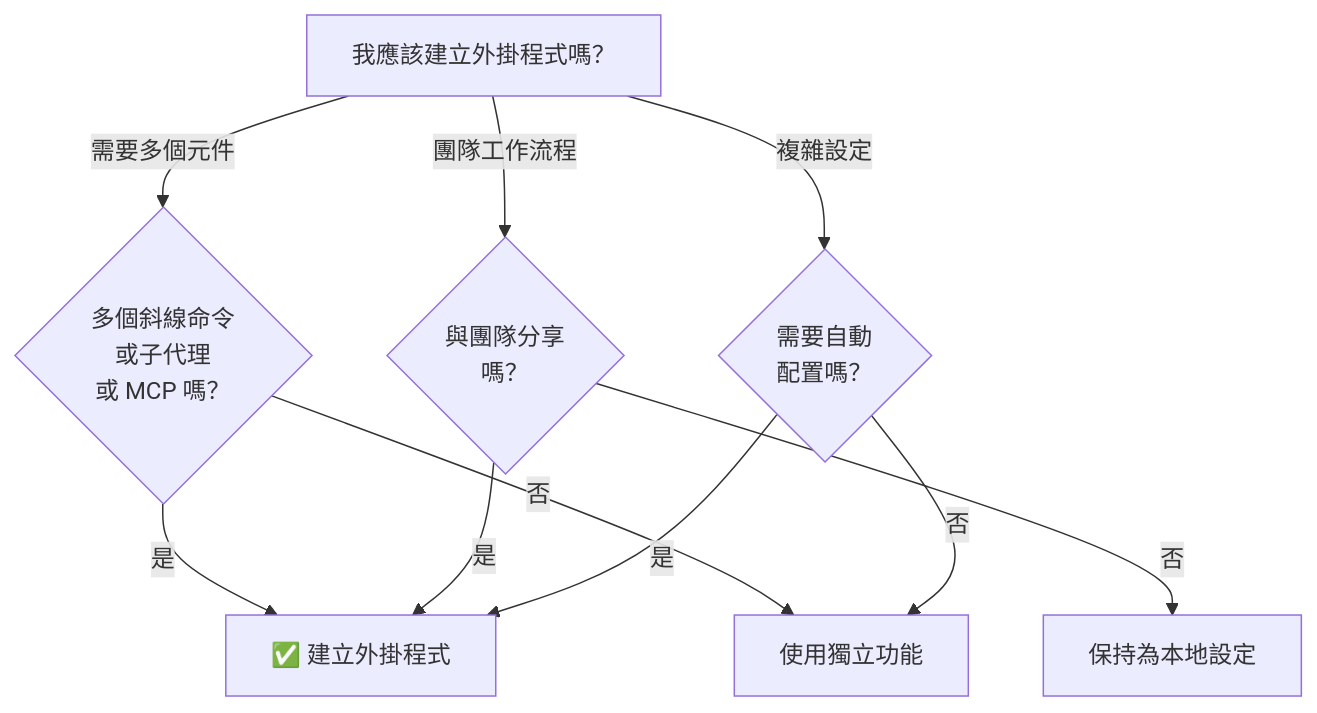
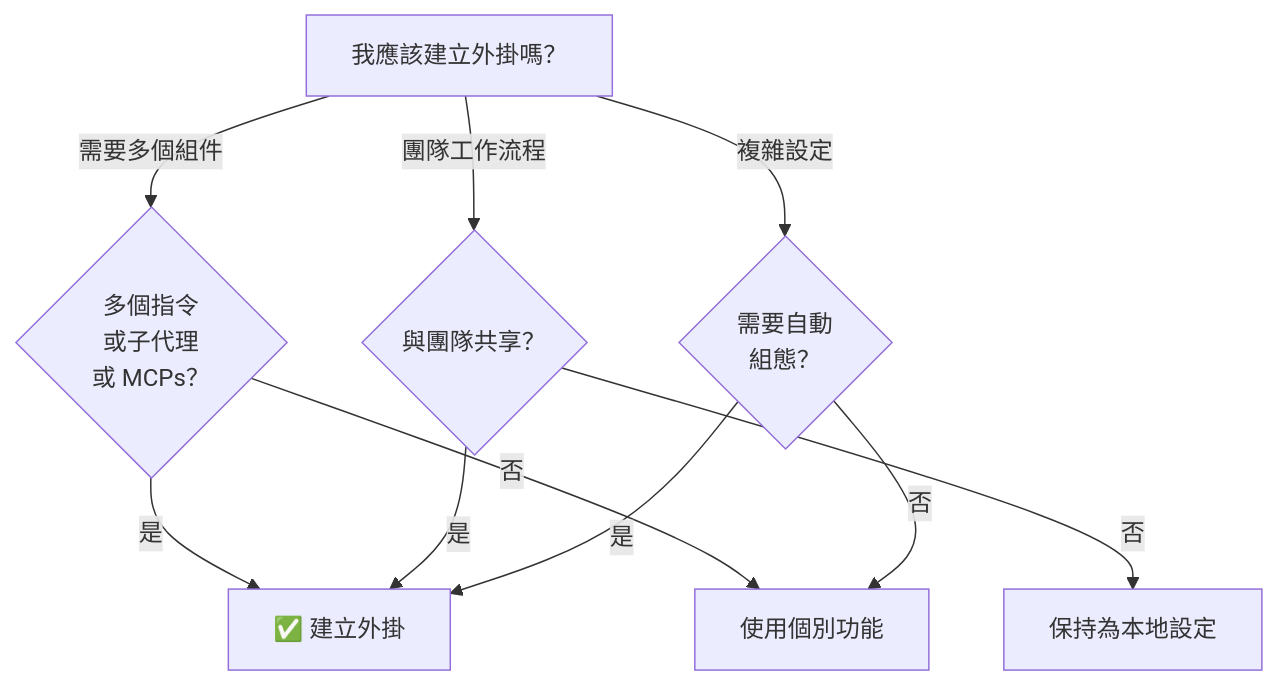
One commit to huckly/claude-howto-zh-tw changed the fifth of 5 diagrams in 07-plugins/README.md. Above: the diagram before and after it, drawn with Mermaid. The commit also changed other lines of this file, not shown here.

````diff
--- a/07-plugins/README.md
+++ b/07-plugins/README.md
@@ -640,13 +668,13 @@
 ```mermaid
 graph TD
-    A["我應該建立外掛程式嗎？"]
-    A -->|需要多個元件| B{"多個斜線命令<br/>或子代理<br/>或 MCP 嗎？"}
-    B -->|是| C["✅ 建立外掛程式"]
-    B -->|否| D["使用獨立功能"]
-    A -->|團隊工作流程| E{"與團隊分享<br/>嗎？"}
+    A["我應該建立外掛嗎？"]
+    A -->|需要多個組件| B{"多個指令<br/>或子代理<br/>或 MCPs？"}
+    B -->|是| C["✅ 建立外掛"]
+    B -->|否| D["使用個別功能"]
+    A -->|團隊工作流程| E{"與團隊共享？"}
     E -->|是| C
     E -->|否| F["保持為本地設定"]
-    A -->|複雜設定| G{"需要自動<br/>配置嗎？"}
+    A -->|複雜設定| G{"需要自動<br/>組態？"}
     G -->|是| C
     G -->|否| D
 ```
````
